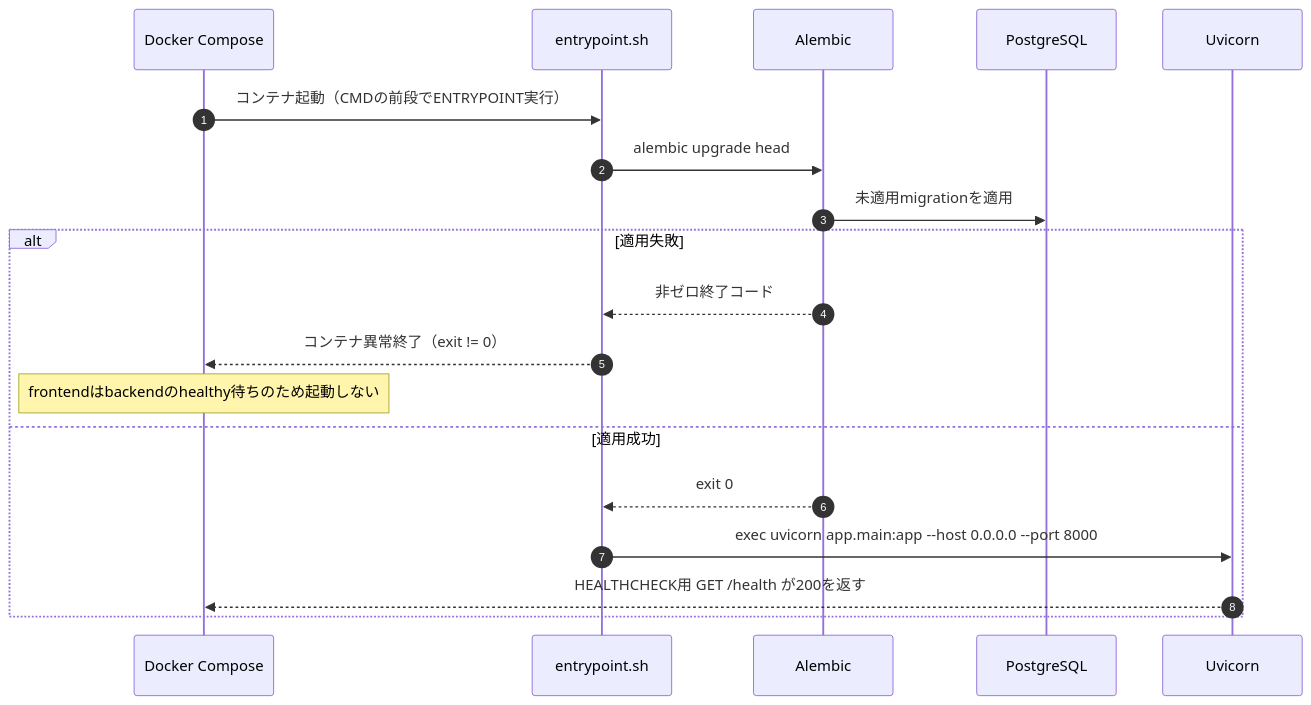
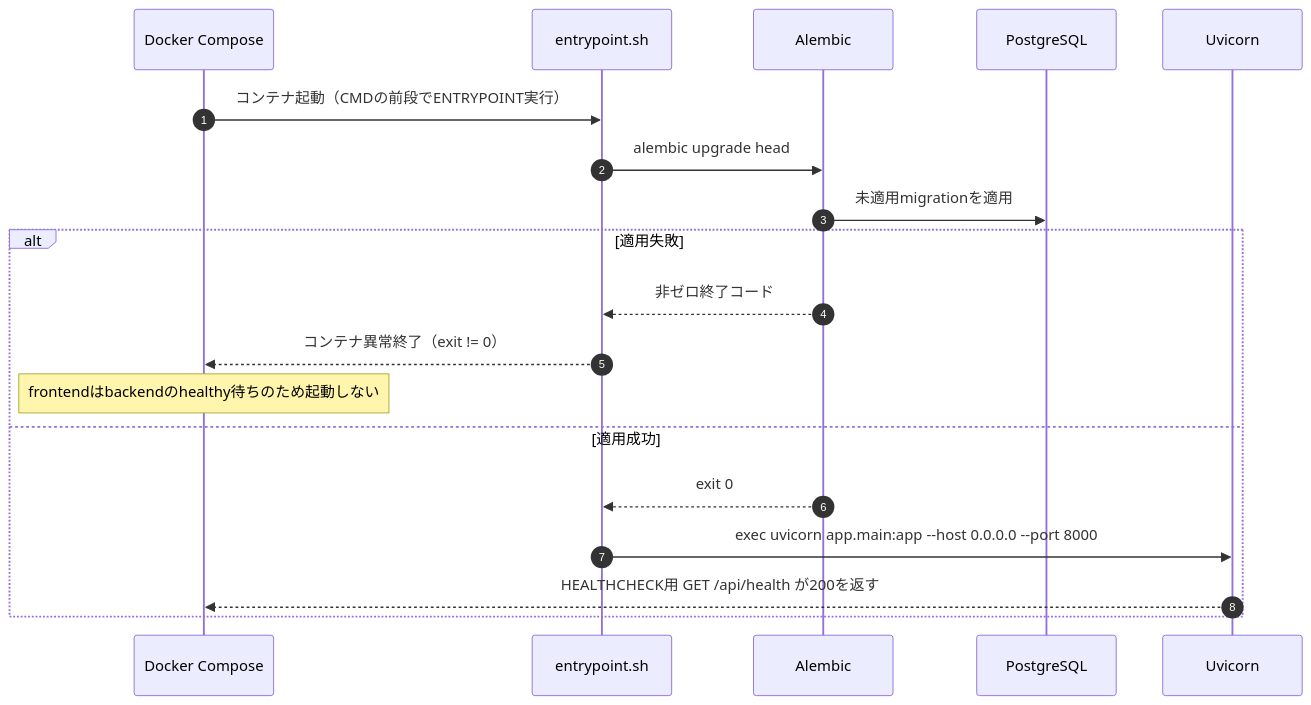
Before and after one commit to oikawa-d/task_management: the second of 5 diagrams in detailed_design/infra/02_dockerfile_api.md, drawn with Mermaid. The commit also changed other lines of this file and 14 other files, not shown here.

````diff
--- a/detailed_design/infra/02_dockerfile_api.md
+++ b/detailed_design/infra/02_dockerfile_api.md
@@ -72,22 +72,22 @@
 ```mermaid
 sequenceDiagram
     autonumber
     participant DC as Docker Compose
     participant EP as entrypoint.sh
     participant AL as Alembic
     participant PG as PostgreSQL
     participant UV as Uvicorn
 
     DC->>EP: コンテナ起動（CMDの前段でENTRYPOINT実行）
     EP->>AL: alembic upgrade head
     AL->>PG: 未適用migrationを適用
     alt 適用失敗
         AL-->>EP: 非ゼロ終了コード
         EP-->>DC: コンテナ異常終了（exit != 0）
         Note over DC: frontendはbackendのhealthy待ちのため起動しない
     else 適用成功
         AL-->>EP: exit 0
         EP->>UV: exec uvicorn app.main:app --host 0.0.0.0 --port 8000
-        UV-->>DC: HEALTHCHECK用 GET /health が200を返す
+        UV-->>DC: HEALTHCHECK用 GET /api/health が200を返す
     end
 ```
````
